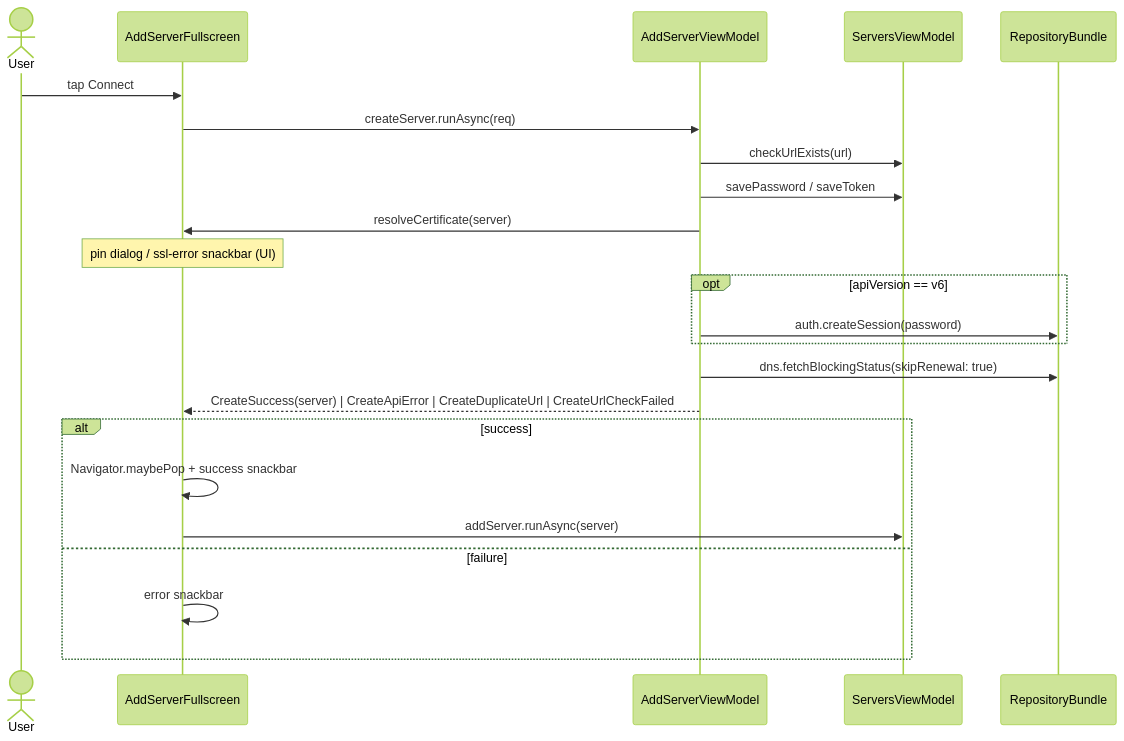
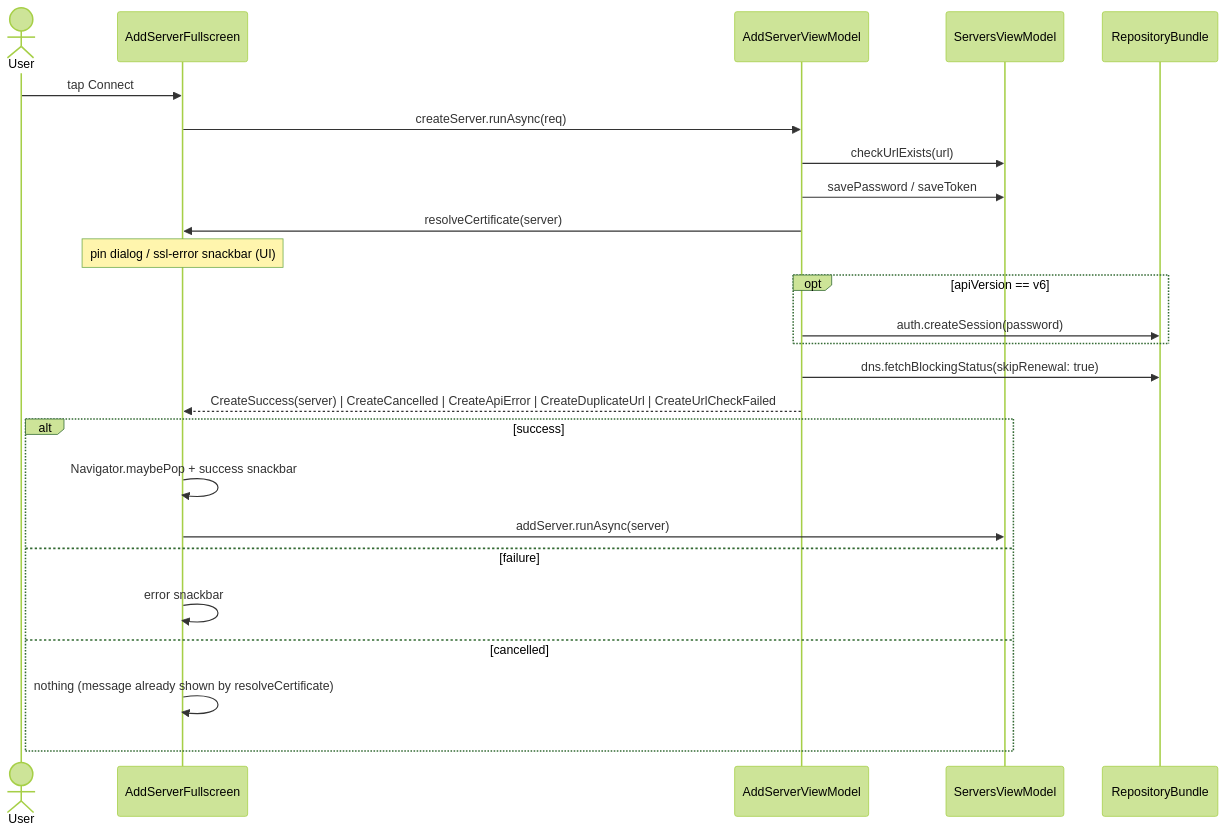
The fifth of 6 diagrams in docs/server-connection-flow.md (tsutsu3/pi-hole-client), drawn with Mermaid (forest theme) before and after one commit. The commit also changed other lines of this file and 3 other files, not shown here.

Commit message:
refactor(servers): unify createServer and updateServer behavior on certificate cancellation

````diff
--- a/docs/server-connection-flow.md
+++ b/docs/server-connection-flow.md
@@ -112,26 +113,28 @@
 ```mermaid
 sequenceDiagram
   actor U as User
   participant W as AddServerFullscreen
   participant VM as AddServerViewModel
   participant SV as ServersViewModel
   participant B as RepositoryBundle
 
   U->>W: tap Connect
   W->>VM: createServer.runAsync(req)
   VM->>SV: checkUrlExists(url)
   VM->>SV: savePassword / saveToken
   VM->>W: resolveCertificate(server)
   Note over W: pin dialog / ssl-error snackbar (UI)
   opt apiVersion == v6
     VM->>B: auth.createSession(password)
   end
   VM->>B: dns.fetchBlockingStatus(skipRenewal: true)
-  VM-->>W: CreateSuccess(server) | CreateApiError | CreateDuplicateUrl | CreateUrlCheckFailed
+  VM-->>W: CreateSuccess(server) | CreateCancelled | CreateApiError | CreateDuplicateUrl | CreateUrlCheckFailed
   alt success
     W->>W: Navigator.maybePop + success snackbar
     W->>SV: addServer.runAsync(server)
   else failure
     W->>W: error snackbar
+  else cancelled
+    W->>W: nothing (message already shown by resolveCertificate)
   end
 ```
````
